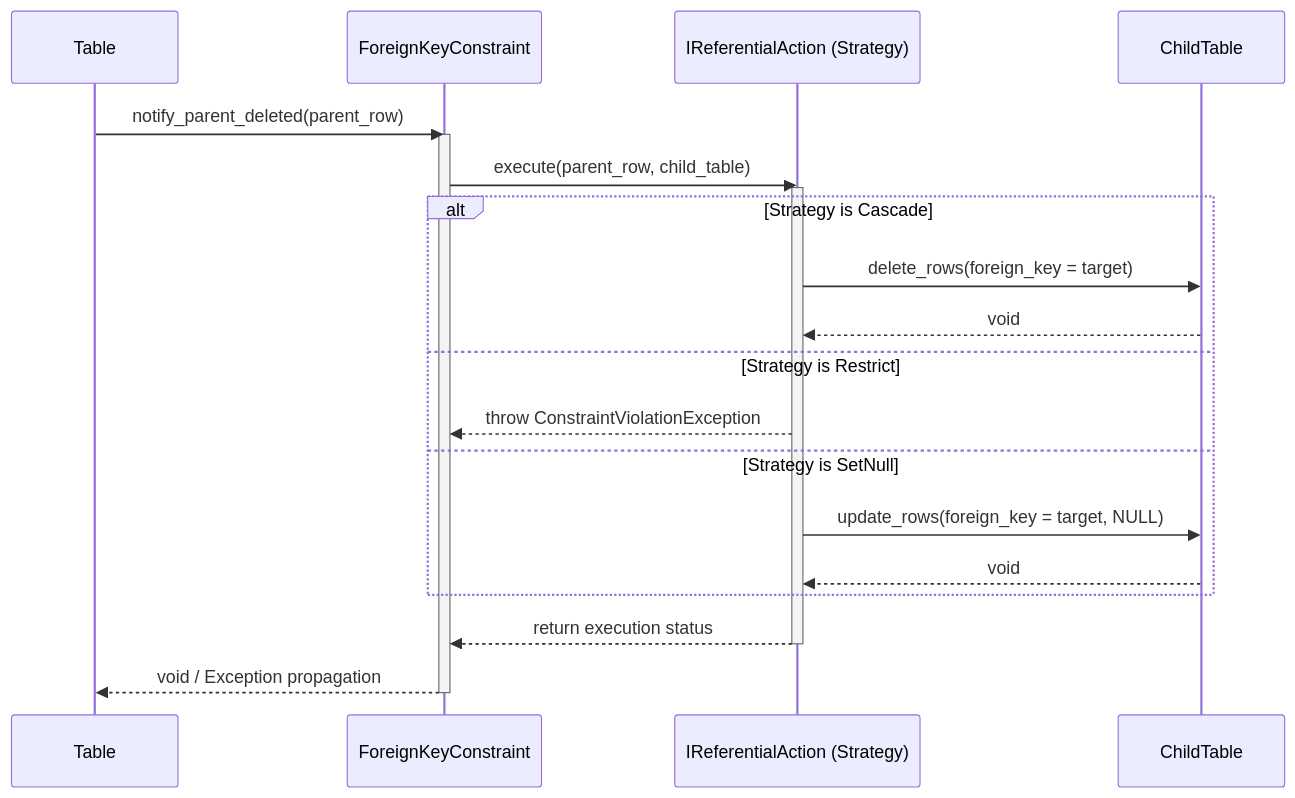
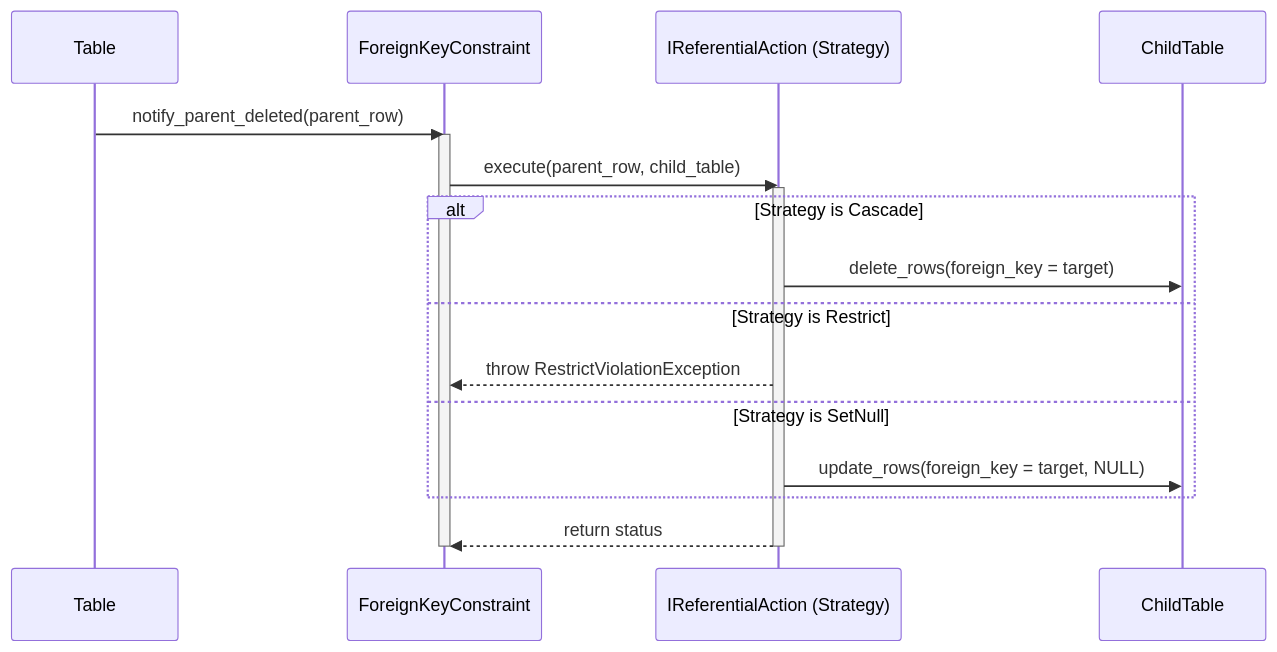
Diagram 18 of 27 in docs/readme.md (Ricky13170/bbv_DBMS), drawn with Mermaid before and after one commit. The commit also changed other lines of this file, not shown here.

Commit message:
fix strategy

````diff
--- a/docs/readme.md
+++ b/docs/readme.md
@@ -842,29 +988,24 @@
 ```mermaid
 sequenceDiagram
     participant Table
     participant FK as ForeignKeyConstraint
     participant Action as IReferentialAction (Strategy)
     participant ChildTable
     
-    %% When a parent row is deleted
     Table->>FK: notify_parent_deleted(parent_row)
     activate FK
     FK->>Action: execute(parent_row, child_table)
     activate Action
     
-    %% Execution delegated to Strategy
     alt Strategy is Cascade
         Action->>ChildTable: delete_rows(foreign_key = target)
-        ChildTable-->>Action: void
     else Strategy is Restrict
-        Action-->>FK: throw ConstraintViolationException
+        Action-->>FK: throw RestrictViolationException
     else Strategy is SetNull
         Action->>ChildTable: update_rows(foreign_key = target, NULL)
-        ChildTable-->>Action: void
     end
     
-    Action-->>FK: return execution status
+    Action-->>FK: return status
     deactivate Action
-    FK-->>Table: void / Exception propagation
     deactivate FK
 ```
````
